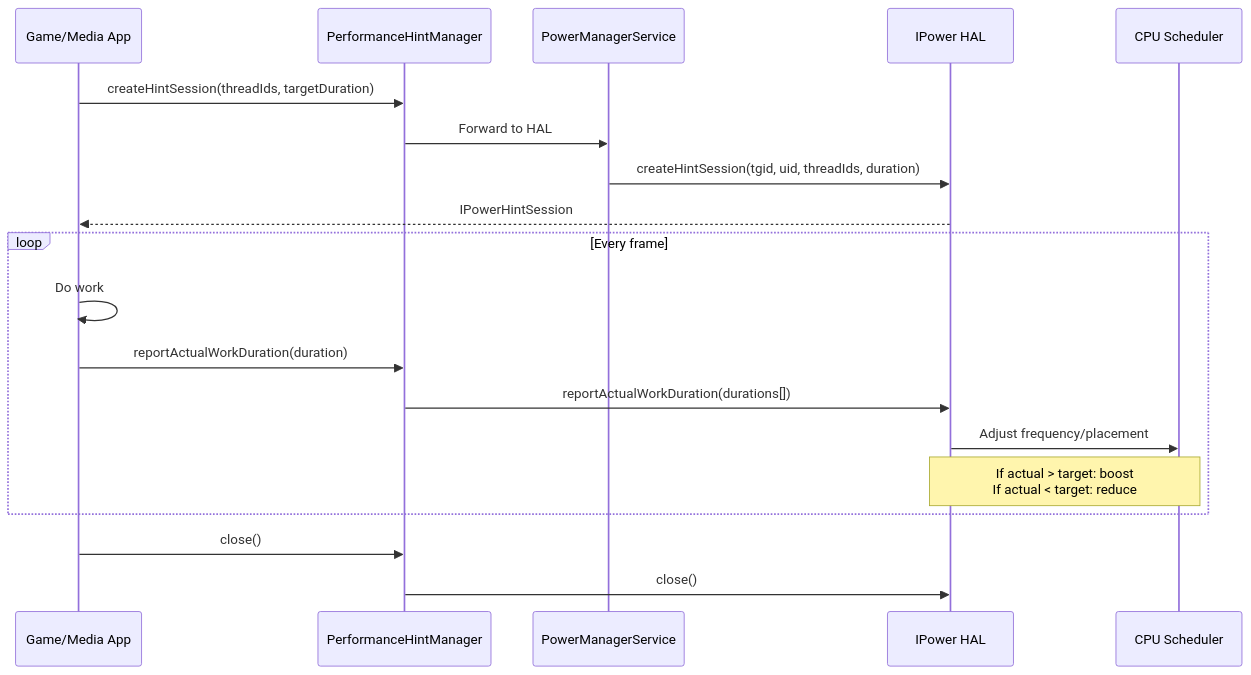
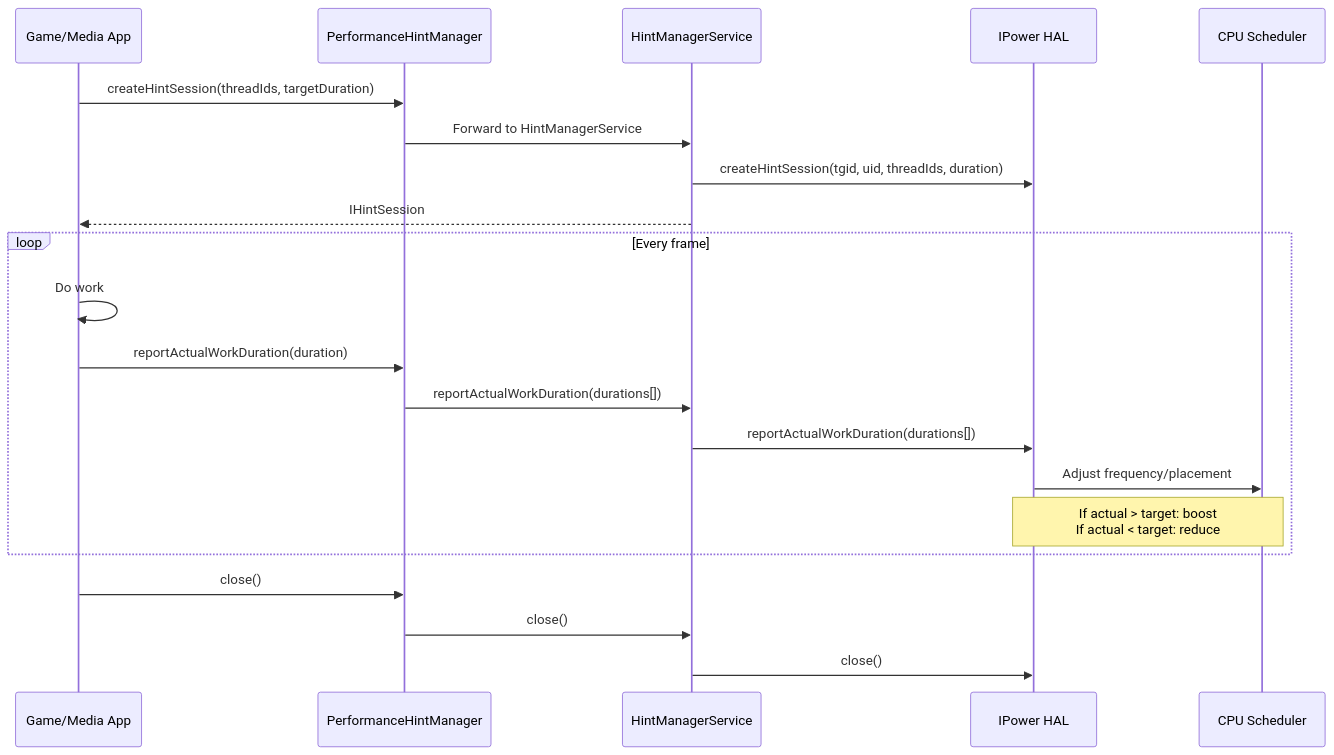
Before and after one commit to aospbooks/aosp-internal-book: diagram 18 of 28 in agents/claude/skills/aosp-framework-services/29-power-management.md, drawn with Mermaid. The commit also changed other lines of this file and 218 other files, not shown here.

````diff
--- a/agents/claude/skills/aosp-framework-services/29-power-management.md
+++ b/agents/claude/skills/aosp-framework-services/29-power-management.md
@@ -2673,24 +2706,26 @@
 ```mermaid
 sequenceDiagram
     participant App as Game/Media App
     participant PM as PerformanceHintManager
-    participant PMS as PowerManagerService
+    participant HMS as HintManagerService
     participant HAL as IPower HAL
     participant SCHED as CPU Scheduler
 
     App->>PM: createHintSession(threadIds, targetDuration)
-    PM->>PMS: Forward to HAL
-    PMS->>HAL: createHintSession(tgid, uid, threadIds, duration)
-    HAL-->>App: IPowerHintSession
+    PM->>HMS: Forward to HintManagerService
+    HMS->>HAL: createHintSession(tgid, uid, threadIds, duration)
+    HMS-->>App: IHintSession
 
     loop Every frame
         App->>App: Do work
         App->>PM: reportActualWorkDuration(duration)
-        PM->>HAL: reportActualWorkDuration(durations[])
+        PM->>HMS: reportActualWorkDuration(durations[])
+        HMS->>HAL: reportActualWorkDuration(durations[])
         HAL->>SCHED: Adjust frequency/placement
         Note over HAL,SCHED: If actual > target: boost<br/>If actual < target: reduce
     end
 
     App->>PM: close()
-    PM->>HAL: close()
+    PM->>HMS: close()
+    HMS->>HAL: close()
 ```
````
